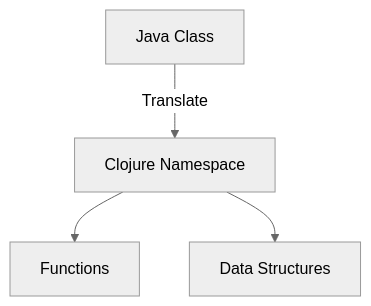
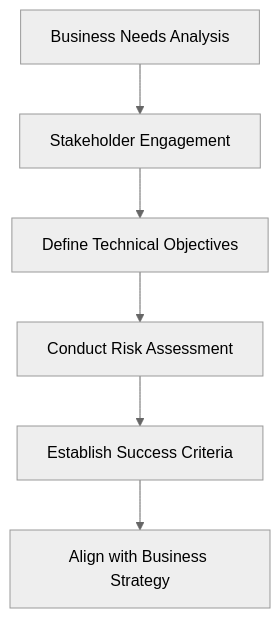
The diagram in content/3/2/3/index.md (MasteryEducation/ClojureForJava.com), drawn with Mermaid (neutral theme) before and after one commit. The commit also changed other lines of this file and 74 other files, not shown here.

````diff
--- a/content/3/2/3/index.md
+++ b/content/3/2/3/index.md
@@ -117,6 +169,8 @@
 ```mermaid
-graph TD;
-    A[Java Class] -->|Translate| B[Clojure Namespace];
-    B --> C[Functions];
-    B --> D[Data Structures];
+flowchart TD
+    A[Business Needs Analysis] --> B[Stakeholder Engagement]
+    B --> C[Define Technical Objectives]
+    C --> D[Conduct Risk Assessment]
+    D --> E[Establish Success Criteria]
+    E --> F[Align with Business Strategy]
 ```
````
